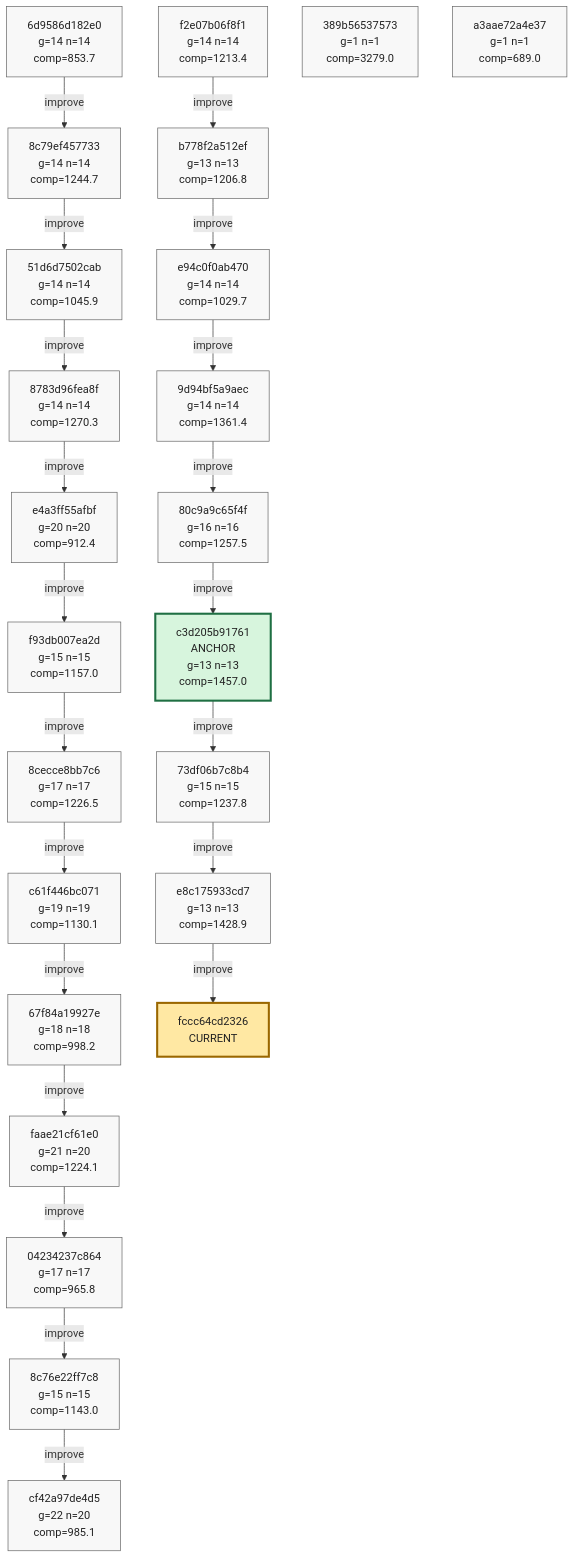
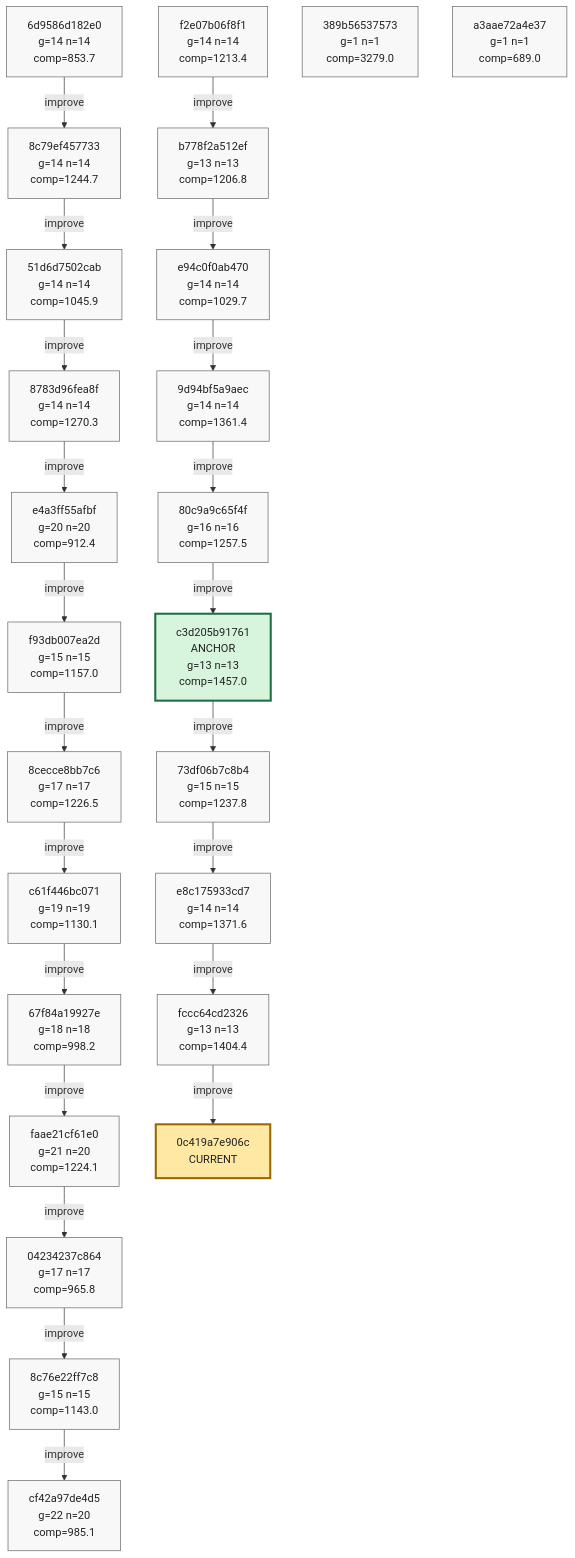
The eighth of 8 diagrams in phyrogenetic-tree.md (azumag/soviet_now), drawn with Mermaid before and after one commit. The commit also changed other lines of this file and 2 other files, not shown here.

Commit message:
eloop Improve after 12 games (scores: 1302 1668 1121 907 1444 1470 2433 2325 1615 2583 1745 1126)

````diff
--- a/phyrogenetic-tree.md
+++ b/phyrogenetic-tree.md
@@ -1910,78 +1911,81 @@
 ```mermaid
 flowchart TD
     h_6d9586d182e0["6d9586d182e0<br/>g=14 n=14<br/>comp=853.7"]
     h_8c79ef457733["8c79ef457733<br/>g=14 n=14<br/>comp=1244.7"]
     h_51d6d7502cab["51d6d7502cab<br/>g=14 n=14<br/>comp=1045.9"]
     h_8783d96fea8f["8783d96fea8f<br/>g=14 n=14<br/>comp=1270.3"]
     h_e4a3ff55afbf["e4a3ff55afbf<br/>g=20 n=20<br/>comp=912.4"]
     h_f93db007ea2d["f93db007ea2d<br/>g=15 n=15<br/>comp=1157.0"]
     h_8cecce8bb7c6["8cecce8bb7c6<br/>g=17 n=17<br/>comp=1226.5"]
     h_c61f446bc071["c61f446bc071<br/>g=19 n=19<br/>comp=1130.1"]
     h_67f84a19927e["67f84a19927e<br/>g=18 n=18<br/>comp=998.2"]
     h_faae21cf61e0["faae21cf61e0<br/>g=21 n=20<br/>comp=1224.1"]
     h_04234237c864["04234237c864<br/>g=17 n=17<br/>comp=965.8"]
     h_8c76e22ff7c8["8c76e22ff7c8<br/>g=15 n=15<br/>comp=1143.0"]
     h_cf42a97de4d5["cf42a97de4d5<br/>g=22 n=20<br/>comp=985.1"]
     h_f2e07b06f8f1["f2e07b06f8f1<br/>g=14 n=14<br/>comp=1213.4"]
     h_b778f2a512ef["b778f2a512ef<br/>g=13 n=13<br/>comp=1206.8"]
     h_e94c0f0ab470["e94c0f0ab470<br/>g=14 n=14<br/>comp=1029.7"]
     h_9d94bf5a9aec["9d94bf5a9aec<br/>g=14 n=14<br/>comp=1361.4"]
     h_80c9a9c65f4f["80c9a9c65f4f<br/>g=16 n=16<br/>comp=1257.5"]
     h_c3d205b91761["c3d205b91761<br/>ANCHOR<br/>g=13 n=13<br/>comp=1457.0"]
     h_73df06b7c8b4["73df06b7c8b4<br/>g=15 n=15<br/>comp=1237.8"]
-    h_e8c175933cd7["e8c175933cd7<br/>g=13 n=13<br/>comp=1428.9"]
+    h_e8c175933cd7["e8c175933cd7<br/>g=14 n=14<br/>comp=1371.6"]
+    h_fccc64cd2326["fccc64cd2326<br/>g=13 n=13<br/>comp=1404.4"]
     h_389b56537573["389b56537573<br/>g=1 n=1<br/>comp=3279.0"]
     h_a3aae72a4e37["a3aae72a4e37<br/>g=1 n=1<br/>comp=689.0"]
-    h_fccc64cd2326["fccc64cd2326<br/>CURRENT"]
+    h_0c419a7e906c["0c419a7e906c<br/>CURRENT"]
 
     h_6d9586d182e0 -->|improve| h_8c79ef457733
     h_8c79ef457733 -->|improve| h_51d6d7502cab
     h_51d6d7502cab -->|improve| h_8783d96fea8f
     h_8783d96fea8f -->|improve| h_e4a3ff55afbf
     h_e4a3ff55afbf -->|improve| h_f93db007ea2d
     h_f93db007ea2d -->|improve| h_8cecce8bb7c6
     h_8cecce8bb7c6 -->|improve| h_c61f446bc071
     h_c61f446bc071 -->|improve| h_67f84a19927e
     h_67f84a19927e -->|improve| h_faae21cf61e0
     h_faae21cf61e0 -->|improve| h_04234237c864
     h_04234237c864 -->|improve| h_8c76e22ff7c8
     h_8c76e22ff7c8 -->|improve| h_cf42a97de4d5
     h_f2e07b06f8f1 -->|improve| h_b778f2a512ef
     h_b778f2a512ef -->|improve| h_e94c0f0ab470
     h_e94c0f0ab470 -->|improve| h_9d94bf5a9aec
     h_9d94bf5a9aec -->|improve| h_80c9a9c65f4f
     h_80c9a9c65f4f -->|improve| h_c3d205b91761
     h_c3d205b91761 -->|improve| h_73df06b7c8b4
     h_73df06b7c8b4 -->|improve| h_e8c175933cd7
     h_e8c175933cd7 -->|improve| h_fccc64cd2326
+    h_fccc64cd2326 -->|improve| h_0c419a7e906c
 
     classDef plain fill:#f8f8f8,stroke:#666,stroke-width:1px,color:#222;
     classDef current fill:#ffe8a3,stroke:#9a6700,stroke-width:3px,color:#222;
     classDef anchor fill:#d7f5dd,stroke:#1f6f43,stroke-width:3px,color:#222;
     classDef current_anchor fill:#f3e4a8,stroke:#1f6f43,stroke-width:4px,color:#222;
 
     class h_6d9586d182e0 plain;
     class h_8c79ef457733 plain;
     class h_51d6d7502cab plain;
     class h_8783d96fea8f plain;
     class h_e4a3ff55afbf plain;
     class h_f93db007ea2d plain;
     class h_8cecce8bb7c6 plain;
     class h_c61f446bc071 plain;
     class h_67f84a19927e plain;
     class h_faae21cf61e0 plain;
     class h_04234237c864 plain;
     class h_8c76e22ff7c8 plain;
     class h_cf42a97de4d5 plain;
     class h_f2e07b06f8f1 plain;
     class h_b778f2a512ef plain;
     class h_e94c0f0ab470 plain;
     class h_9d94bf5a9aec plain;
     class h_80c9a9c65f4f plain;
     class h_c3d205b91761 anchor;
     class h_73df06b7c8b4 plain;
     class h_e8c175933cd7 plain;
+    class h_fccc64cd2326 plain;
     class h_389b56537573 plain;
     class h_a3aae72a4e37 plain;
-    class h_fccc64cd2326 current;
+    class h_0c419a7e906c current;
 ```
````
